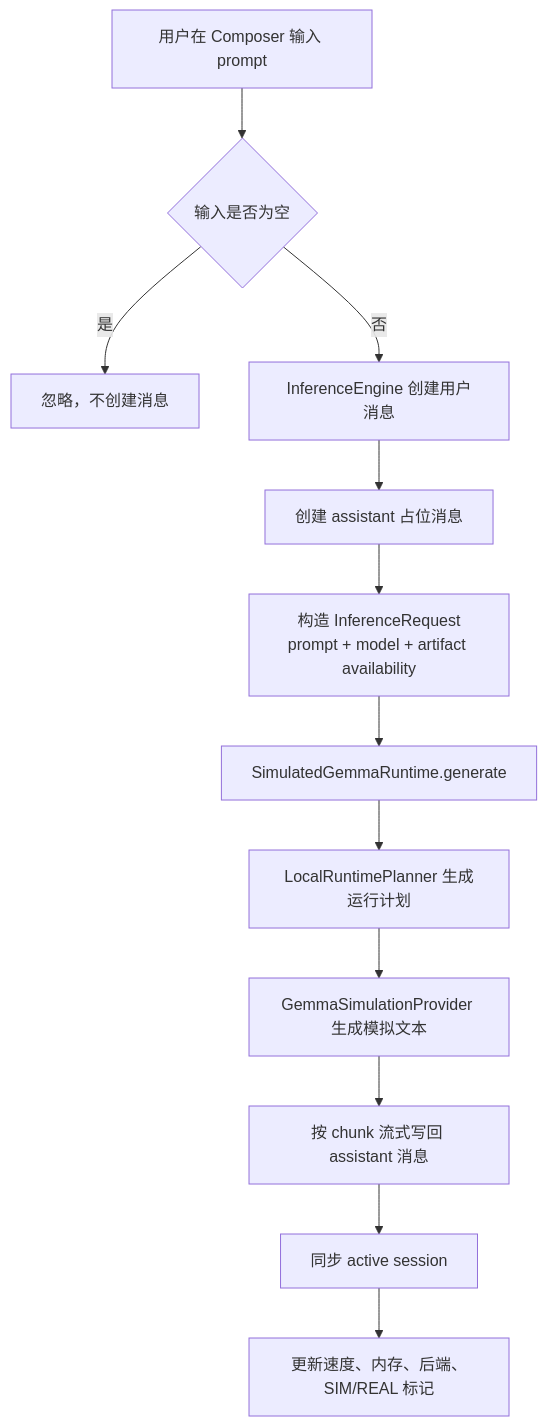
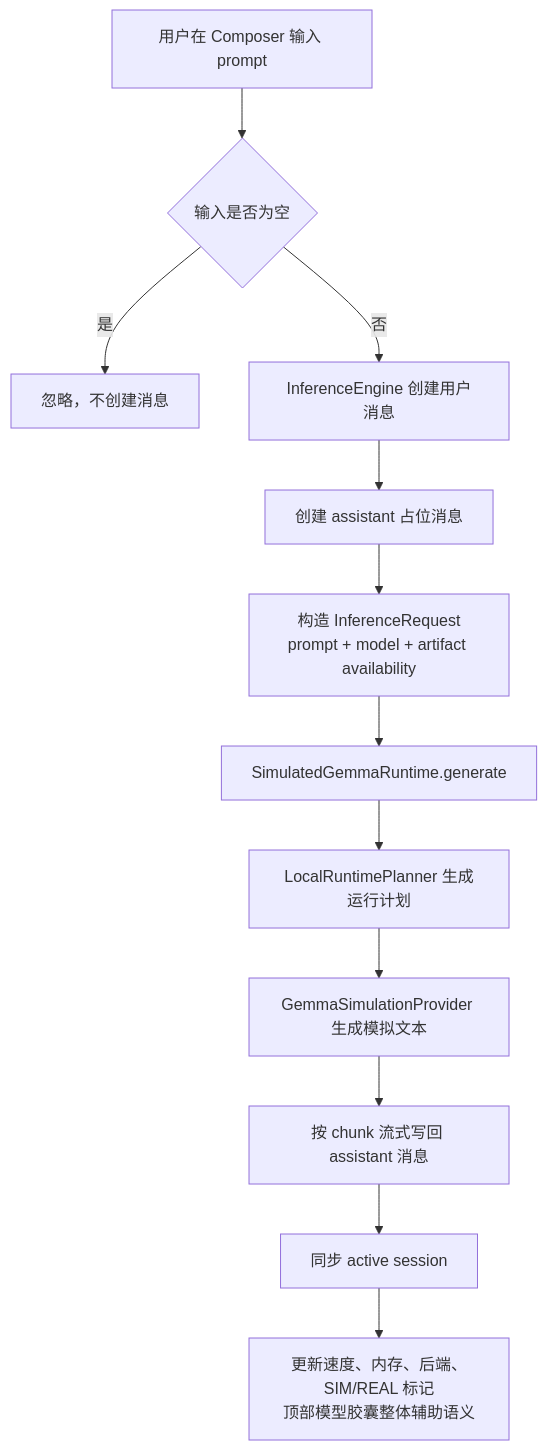
One commit to Altman-sam114/113 changed the third of 9 diagrams in md/flow/flowchart.md. Above: the diagram before and after it, drawn with Mermaid. The commit also changed other lines of this file and 8 other files, not shown here.

````diff
--- a/md/flow/flowchart.md
+++ b/md/flow/flowchart.md
@@ -49,14 +49,14 @@
 ```mermaid
 flowchart TD
     A[用户在 Composer 输入 prompt] --> B{输入是否为空}
     B -- 是 --> C[忽略，不创建消息]
     B -- 否 --> D[InferenceEngine 创建用户消息]
     D --> E[创建 assistant 占位消息]
     E --> F[构造 InferenceRequest<br/>prompt + model + artifact availability]
     F --> G[SimulatedGemmaRuntime.generate]
     G --> H[LocalRuntimePlanner 生成运行计划]
     H --> I[GemmaSimulationProvider 生成模拟文本]
     I --> J[按 chunk 流式写回 assistant 消息]
     J --> K[同步 active session]
-    K --> L[更新速度、内存、后端、SIM/REAL 标记]
+    K --> L[更新速度、内存、后端、SIM/REAL 标记<br/>顶部模型胶囊整体辅助语义]
 ```
````
